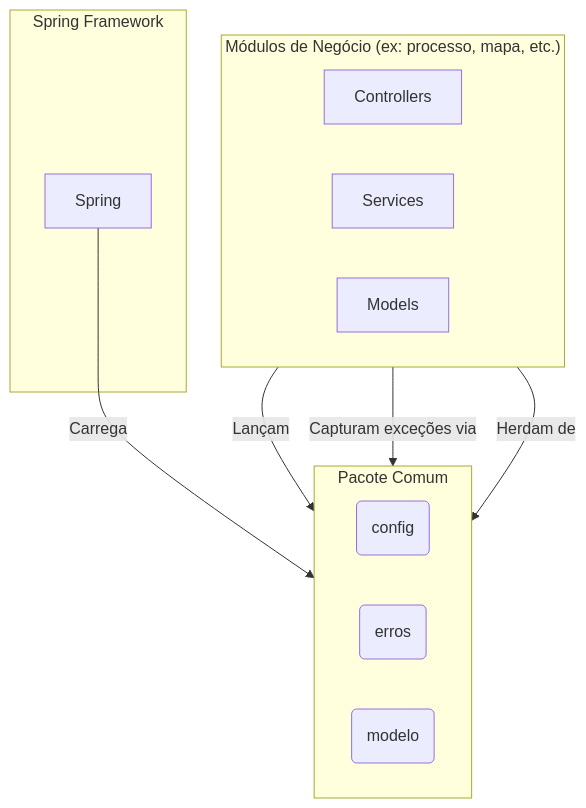
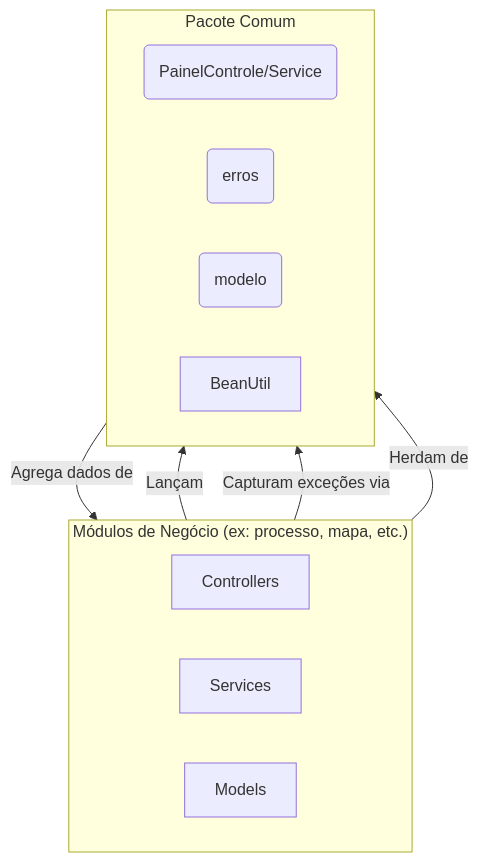
Before and after one commit to lgalvao/sgc: the diagram in backend/src/main/java/sgc/comum/README.md, drawn with Mermaid. The commit also changed other lines of this file and 9 other files, not shown here.

````diff
--- a/backend/src/main/java/sgc/comum/README.md
+++ b/backend/src/main/java/sgc/comum/README.md
@@ -11,27 +11,23 @@
 ```mermaid
 graph TD
     subgraph "Módulos de Negócio (ex: processo, mapa, etc.)"
         direction LR
         Controllers
         Services
         Models
     end
 
     subgraph "Pacote Comum"
         direction LR
-        Config(config)
+        Painel(PainelControle/Service)
         Erros(erros)
         ModeloBase(modelo)
+        BeanUtil
     end
 
     Services -- Lançam --> Erros
     Controllers -- Capturam exceções via --> Erros
     Models -- Herdam de --> ModeloBase
 
-    subgraph "Spring Framework"
-        Spring
-    end
-
-    Spring -- Carrega --> Config
-
+    Painel -- Agrega dados de --> Services
 ```
````
